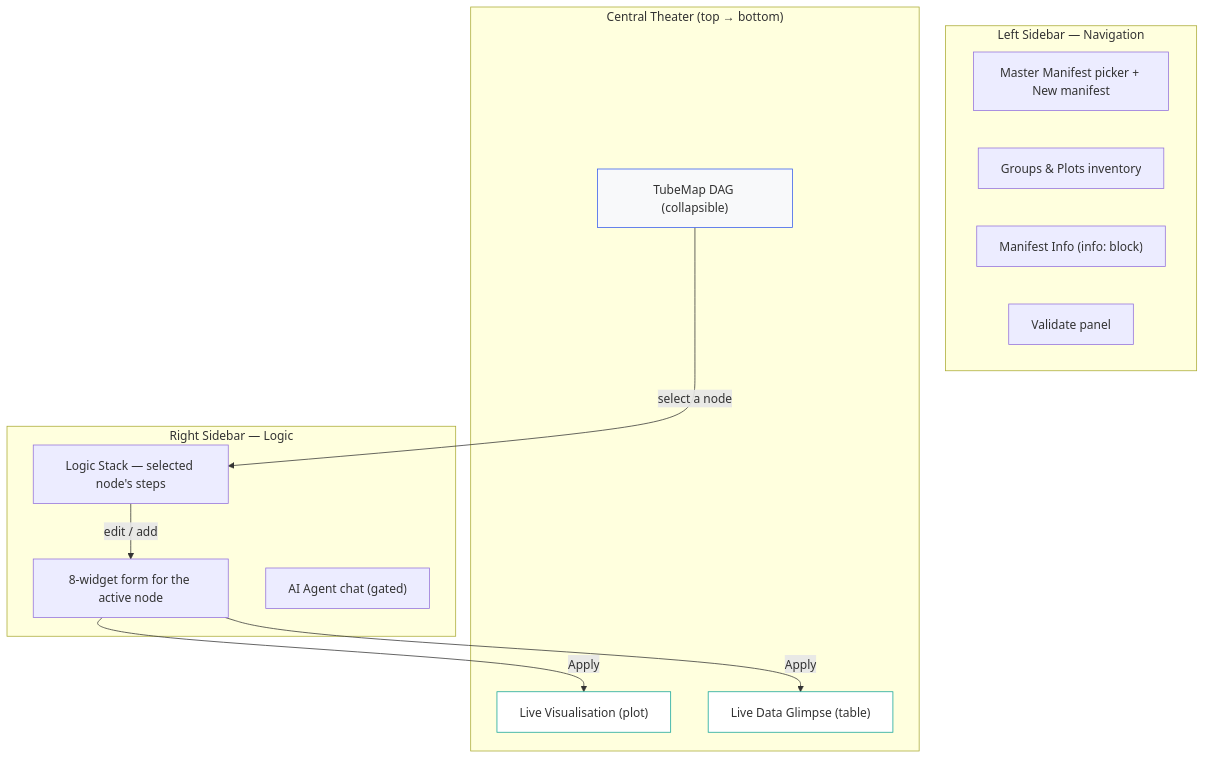
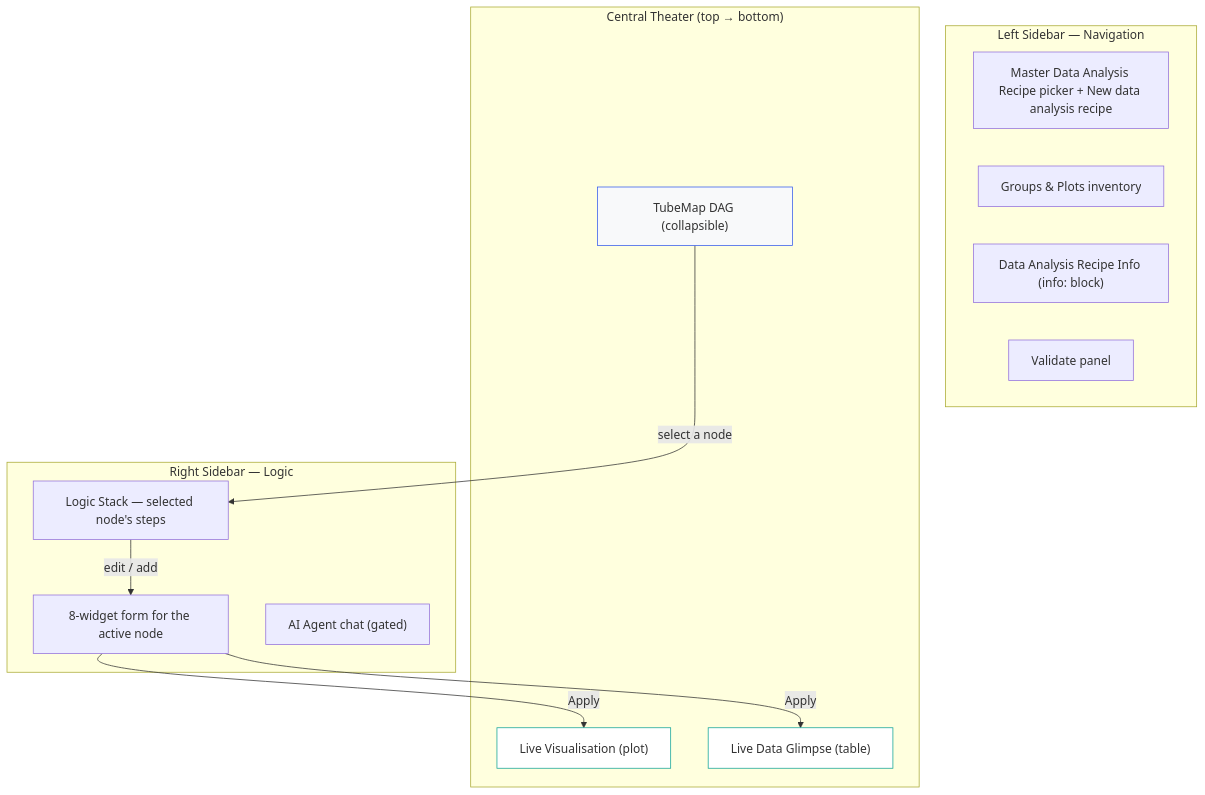
Before and after one commit to evezeyl/SPARMVET_VIZ: the first of 3 diagrams in docs/workflows/blueprint_architect.qmd, drawn with Mermaid. The commit also changed other lines of this file and 647 other files, not shown here.

First line of the commit message:
refactor(config): rename manifest to data analysis recipe in code, files and docs

````diff
--- a/docs/workflows/blueprint_architect.qmd
+++ b/docs/workflows/blueprint_architect.qmd
@@ -46,30 +46,30 @@
 ```mermaid
 graph TD
     subgraph Left["Left Sidebar — Navigation"]
-        Pick["Master Manifest picker + New manifest"]
+        Pick["Master Data Analysis Recipe picker + New data analysis recipe"]
         Groups["Groups & Plots inventory"]
-        Meta["Manifest Info (info: block)"]
+        Meta["Data Analysis Recipe Info (info: block)"]
         Validate["Validate panel"]
     end
 
     subgraph Center["Central Theater (top → bottom)"]
         Tube["TubeMap DAG (collapsible)"]
         Plot["Live Visualisation (plot)"]
         Glimpse["Live Data Glimpse (table)"]
     end
 
     subgraph Right["Right Sidebar — Logic"]
         Stack["Logic Stack — selected node's steps"]
         Form["8-widget form for the active node"]
         Agent["AI Agent chat (gated)"]
     end
 
     Tube -->|"select a node"| Stack
     Stack -->|"edit / add"| Form
     Form -->|"Apply"| Plot
     Form -->|"Apply"| Glimpse
 
     style Tube fill:#f8f9fa,stroke:#345beb
     style Plot fill:#ffffff,stroke:#10a395
     style Glimpse fill:#ffffff,stroke:#10a395
 ```
````
